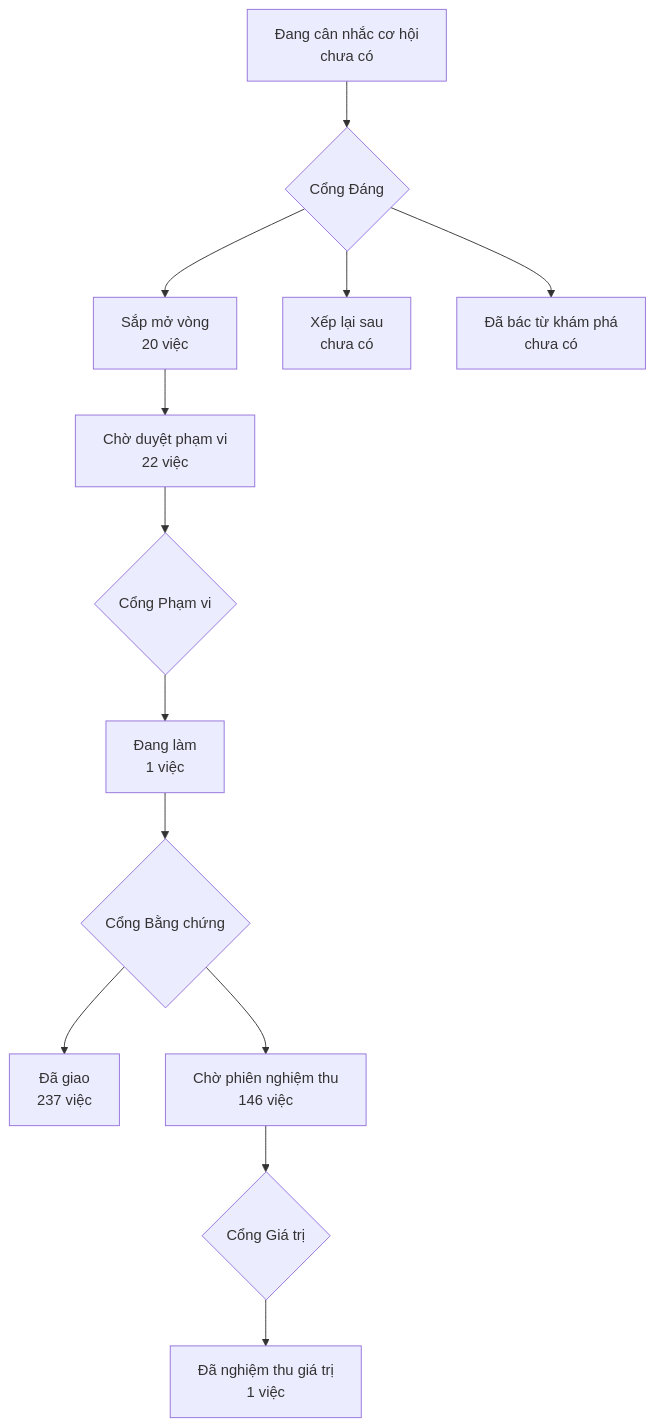
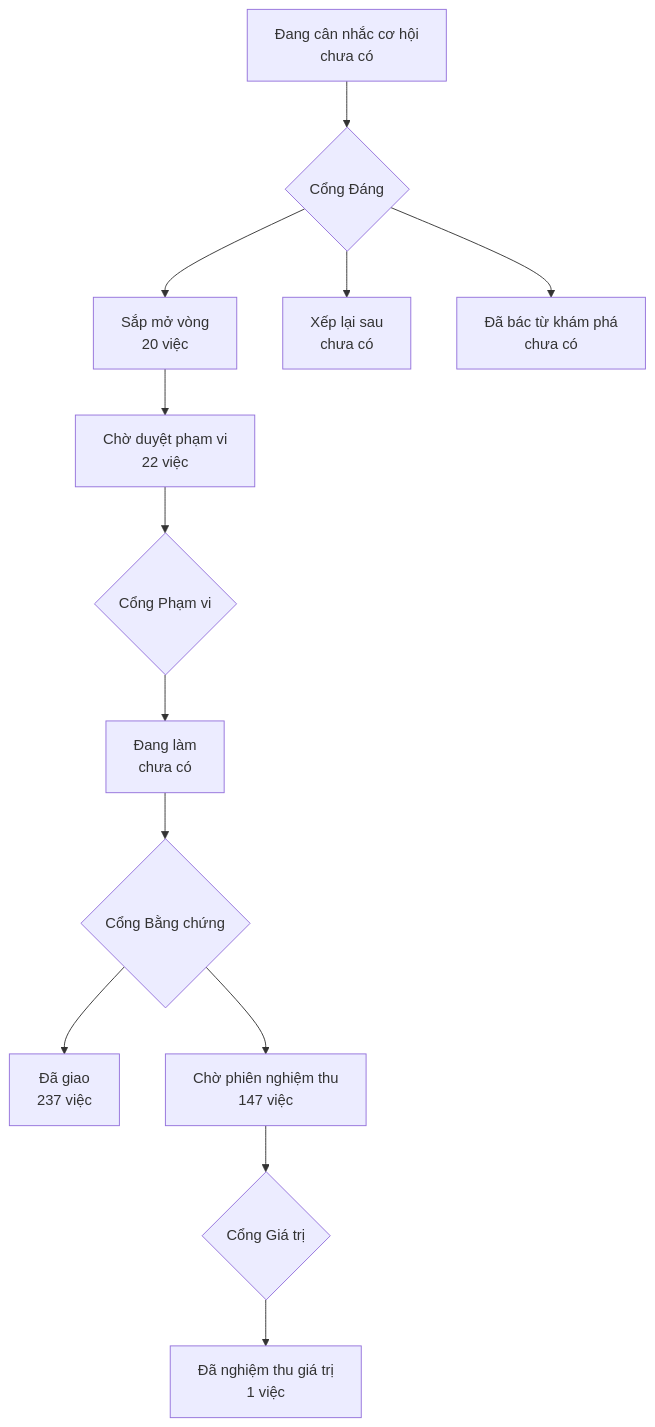
The diagram in PRODUCT-MAP.md (phanlemanh/onehub-invest), drawn with Mermaid before and after one commit. The commit also changed other lines of this file and 4 other files, not shown here.

````diff
--- a/PRODUCT-MAP.md
+++ b/PRODUCT-MAP.md
@@ -7,12 +7,12 @@
 ```mermaid
 flowchart TD
   A["Đang cân nhắc cơ hội<br/>chưa có"] --> GD{"Cổng Đáng"}
   GD --> B["Sắp mở vòng<br/>20 việc"]
   GD --> XL["Xếp lại sau<br/>chưa có"]
   GD --> DB["Đã bác từ khám phá<br/>chưa có"]
   B --> CD["Chờ duyệt phạm vi<br/>22 việc"] --> GP{"Cổng Phạm vi"}
-  GP --> DL["Đang làm<br/>1 việc"] --> GB{"Cổng Bằng chứng"}
+  GP --> DL["Đang làm<br/>chưa có"] --> GB{"Cổng Bằng chứng"}
   GB --> DG["Đã giao<br/>237 việc"]
-  GB --> CN["Chờ phiên nghiệm thu<br/>146 việc"] --> GG{"Cổng Giá trị"}
+  GB --> CN["Chờ phiên nghiệm thu<br/>147 việc"] --> GG{"Cổng Giá trị"}
   GG --> NT["Đã nghiệm thu giá trị<br/>1 việc"]
 ```
````
